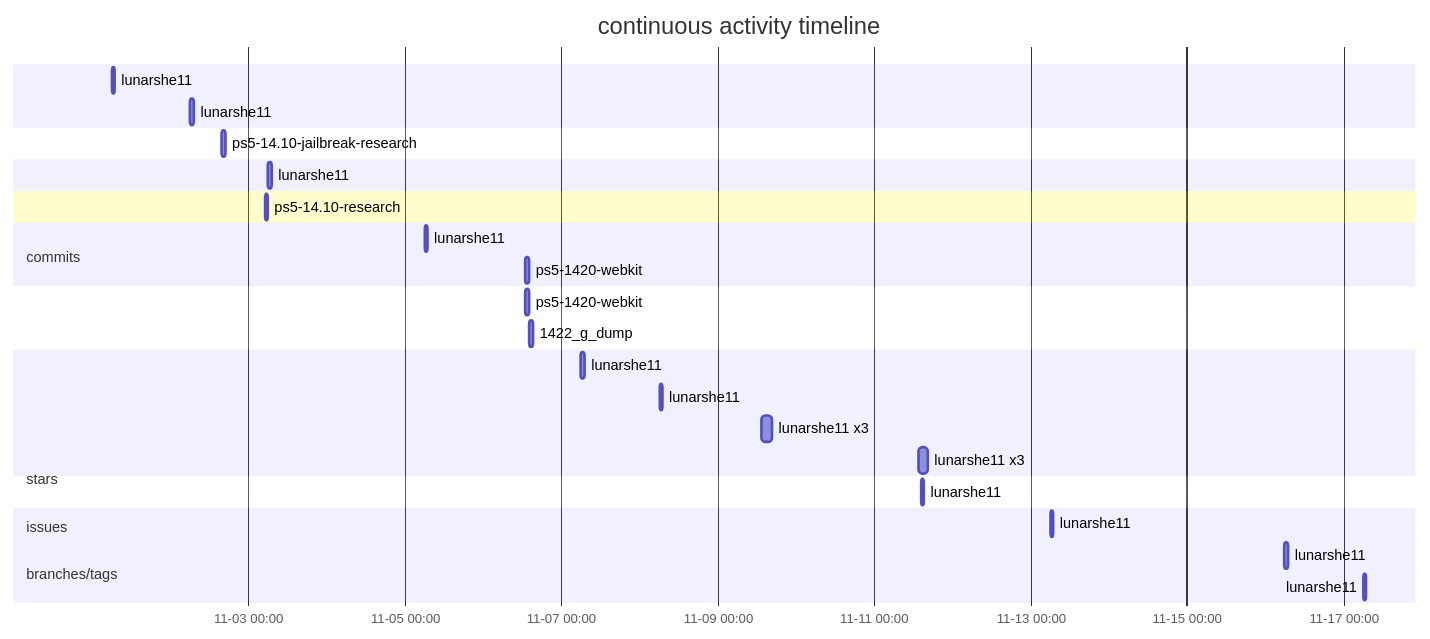
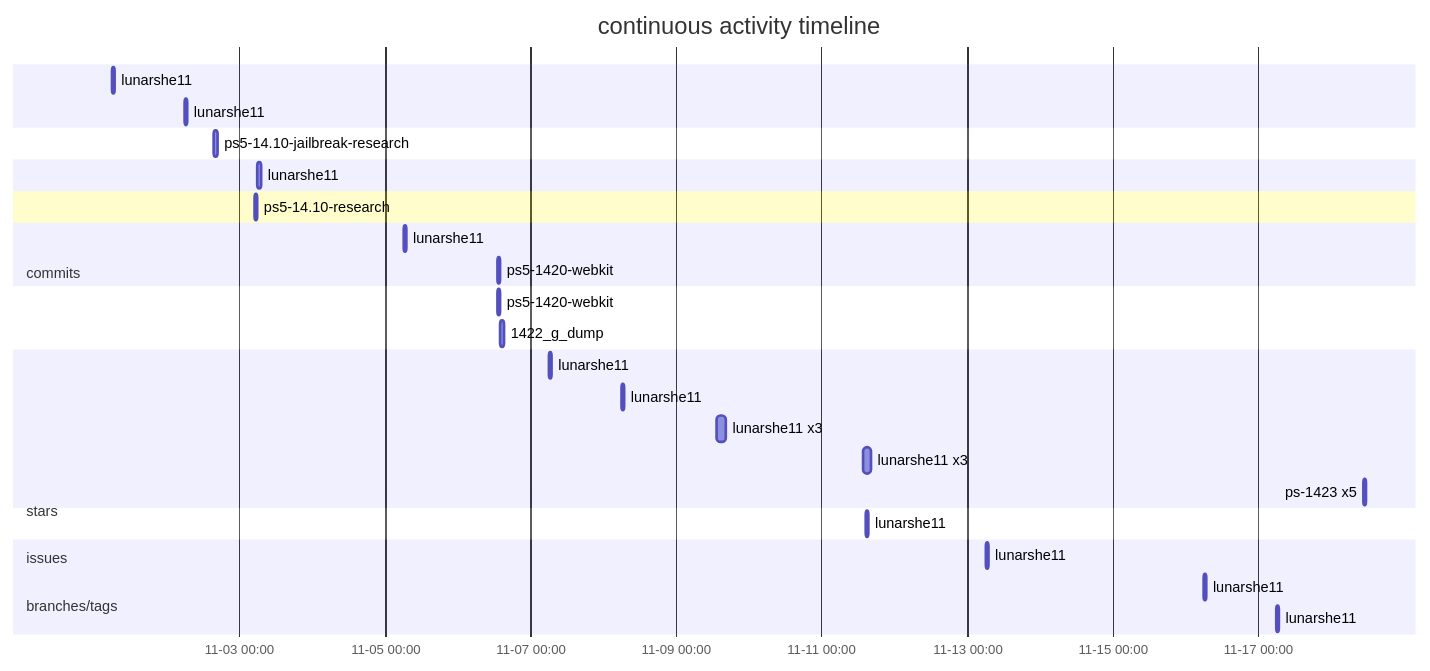
One commit to lunarshe11/lunarshe11 changed the first of 3 diagrams in README.md. Above: the diagram before and after it, drawn with Mermaid. The commit also changed other lines of this file, not shown here.

````diff
--- a/README.md
+++ b/README.md
@@ -13,32 +13,33 @@
 ```mermaid
 gantt
     title continuous activity timeline
     dateFormat  YYYY-MM-DD HH:mm
     axisFormat  %m-%d %H:%M
     section commits
         lunarshe11 :2026-11-01 06:05, 1h
         lunarshe11 :2026-11-02 06:05, 1h
     section stars
         ps5-14.10-jailbreak-research :2026-11-02 15:49, 1h
     section commits
         lunarshe11 :2026-11-03 06:05, 1h
     section issues
         ps5-14.10-research :2026-11-03 04:55, 1h
     section commits
         lunarshe11 :2026-11-05 06:05, 1h
         ps5-1420-webkit :2026-11-06 13:07, 1h
     section branches/tags
         ps5-1420-webkit :2026-11-06 12:59, 1h
         1422_g_dump :2026-11-06 14:11, 1h
     section commits
         lunarshe11 :2026-11-07 06:05, 1h
         lunarshe11 :2026-11-08 06:05, 1h
         lunarshe11 x3 :2026-11-09 13:33, 3h
         lunarshe11 x3 :2026-11-11 13:37, 3h
+        ps-1423 x5 :2026-11-18 10:39, 1h
     section stars
         lunarshe11 :2026-11-11 14:30, 1h
     section commits
         lunarshe11 :2026-11-13 06:05, 1h
         lunarshe11 :2026-11-16 06:05, 1h
         lunarshe11 :2026-11-17 06:05, 1h
 ```
````
